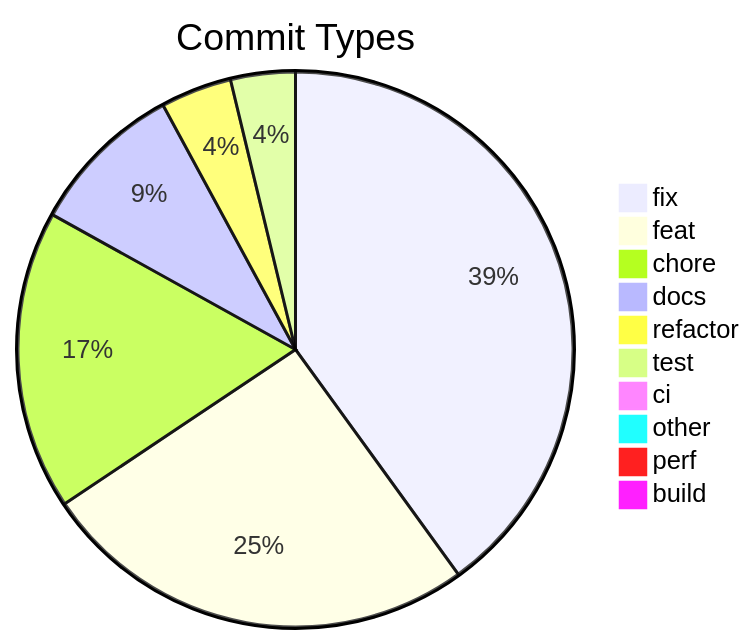
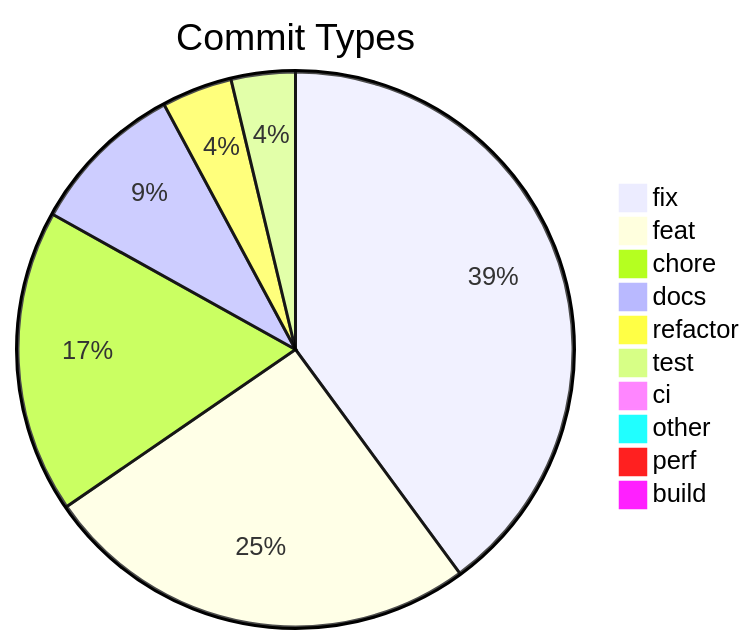
The diagram in .shipwright/compliance/change-history.md (svenroth-ai/shipwright-webui), drawn with Mermaid before and after one commit. The commit also changed other lines of this file and 17 other files, not shown here.

````diff
--- a/.shipwright/compliance/change-history.md
+++ b/.shipwright/compliance/change-history.md
@@ -10,13 +10,13 @@
 ```mermaid
 pie title Commit Types
-    "fix" : 319
-    "feat" : 204
-    "chore" : 139
-    "docs" : 72
+    "fix" : 321
+    "feat" : 205
+    "chore" : 142
+    "docs" : 73
     "refactor" : 33
     "test" : 30
     "ci" : 8
     "other" : 6
     "perf" : 5
     "build" : 1
 ```
````
